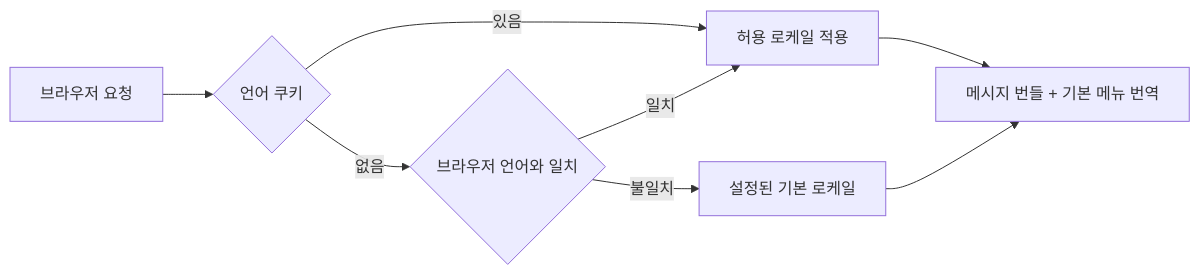
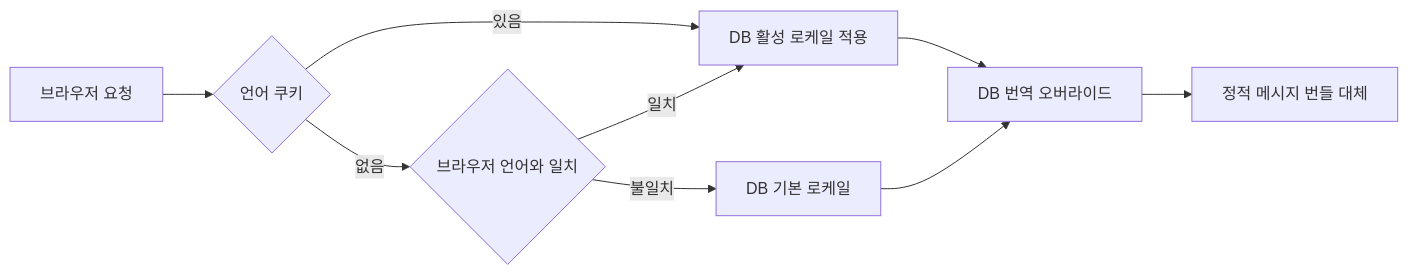
The second of 4 diagrams in docs/ARCHITECTURE.md (efficjump/secure-spring-mvc-jsp-starter), drawn with Mermaid before and after one commit. The commit also changed other lines of this file and 54 other files, not shown here.

````diff
--- a/docs/ARCHITECTURE.md
+++ b/docs/ARCHITECTURE.md
@@ -39,10 +41,11 @@
 ```mermaid
 flowchart LR
     A["브라우저 요청"] --> B{"언어 쿠키"}
-    B -->|"있음"| C["허용 로케일 적용"]
+    B -->|"있음"| C["DB 활성 로케일 적용"]
     B -->|"없음"| D{"브라우저 언어와 일치"}
     D -->|"일치"| C
-    D -->|"불일치"| E["설정된 기본 로케일"]
-    C --> F["메시지 번들 + 기본 메뉴 번역"]
+    D -->|"불일치"| E["DB 기본 로케일"]
+    C --> F["DB 번역 오버라이드"]
     E --> F
+    F --> G["정적 메시지 번들 대체"]
 ```
````
